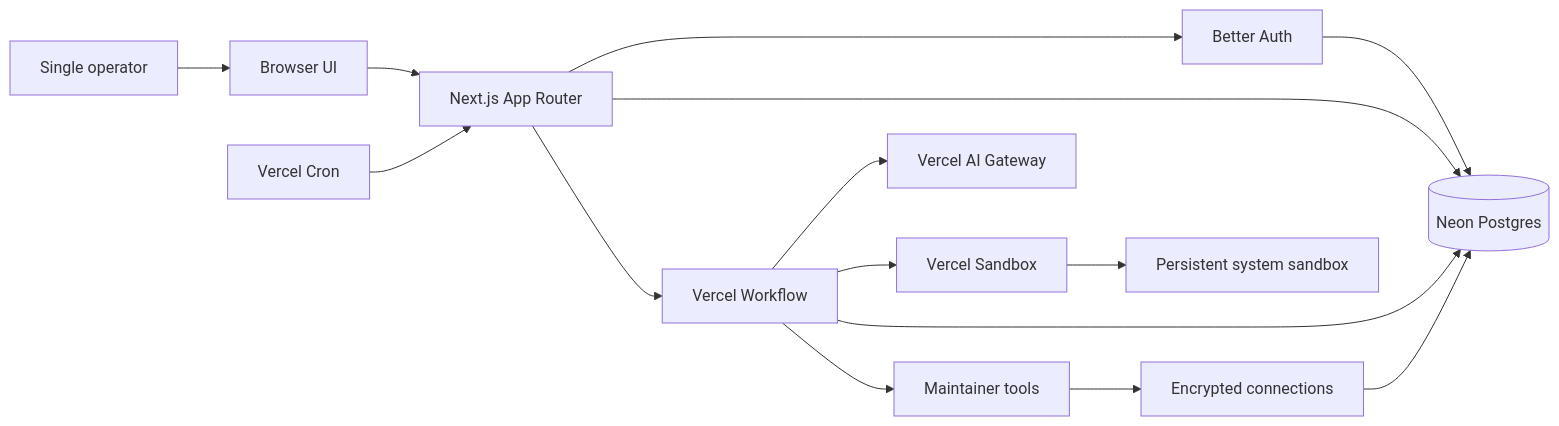
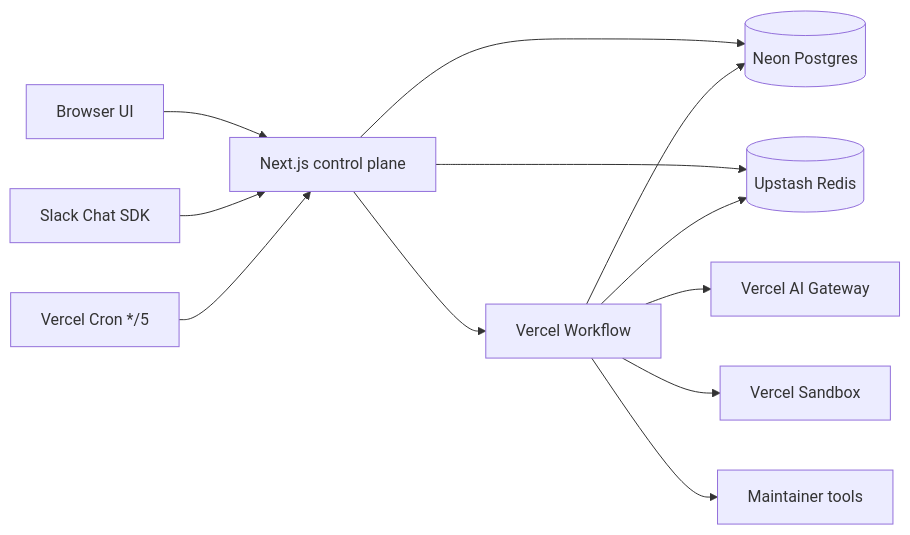
Before and after one commit to TommyBez/outname: the first of 2 diagrams in README.md, drawn with Mermaid. The commit also changed other lines of this file and 116 other files, not shown here.

````diff
--- a/README.md
+++ b/README.md
@@ -24,22 +29,16 @@
 ```mermaid
 flowchart LR
-  Operator[Single operator] --> Browser[Browser UI]
-  Browser --> Next[Next.js App Router]
+  Browser[Browser UI] --> Next[Next.js control plane]
+  Slack[Slack Chat SDK] --> Next
+  Cron[Vercel Cron */5] --> Next
 
-  Next --> Auth[Better Auth]
-  Auth --> DB[(Neon Postgres)]
-  Next --> DB
+  Next --> DB[(Neon Postgres)]
+  Next --> Redis[(Upstash Redis)]
+  Next --> Workflow[Vercel Workflow]
 
-  Next --> Workflow[Vercel Workflow]
   Workflow --> Gateway[Vercel AI Gateway]
   Workflow --> Sandbox[Vercel Sandbox]
   Workflow --> DB
-
-  Sandbox --> SystemSandbox[Persistent system sandbox]
-
+  Workflow --> Redis
   Workflow --> Tools[Maintainer tools]
-  Tools --> Connections[Encrypted connections]
-  Connections --> DB
-
-  Cron[Vercel Cron] --> Next
 ```
````
